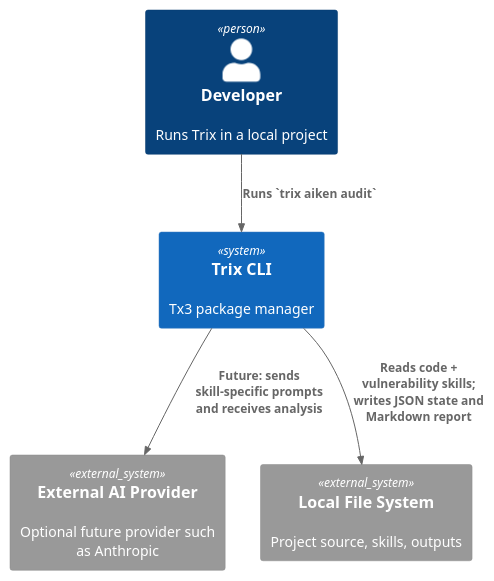
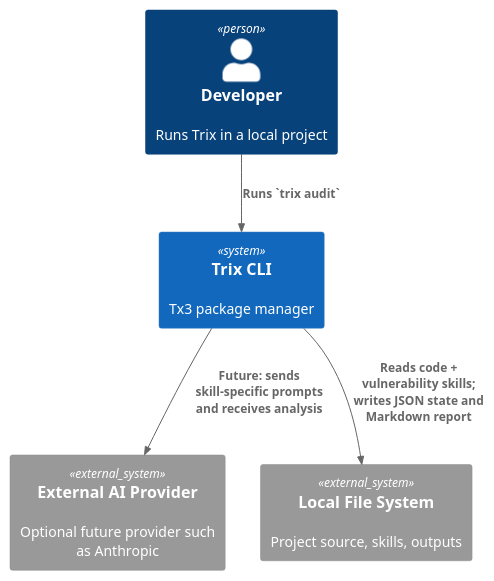
The diagram in design/003-assets/c4-context.puml (tx3-lang/trix), drawn with PlantUML before and after one commit. The commit also changed 14 other files, not shown here.

Commit message:
feat: rename Aiken command to Audit and update related documentation and tests

```diff
--- a/design/003-assets/c4-context.puml
+++ b/design/003-assets/c4-context.puml
@@ -1,13 +1,13 @@
 @startuml C4_Context_AikenVuln
 !include https://raw.githubusercontent.com/plantuml-stdlib/C4-PlantUML/master/C4_Context.puml
 
 Person(dev, "Developer", "Runs Trix in a local project")
 System(trix, "Trix CLI", "Tx3 package manager")
 System_Ext(ai, "External AI Provider", "Optional future provider such as Anthropic")
 System_Ext(fs, "Local File System", "Project source, skills, outputs")
 
-Rel(dev, trix, "Runs `trix aiken audit`")
+Rel(dev, trix, "Runs `trix audit`")
 Rel(trix, fs, "Reads code + vulnerability skills; writes JSON state and Markdown report")
 Rel(trix, ai, "Future: sends skill-specific prompts and receives analysis")
 
 @enduml
```
